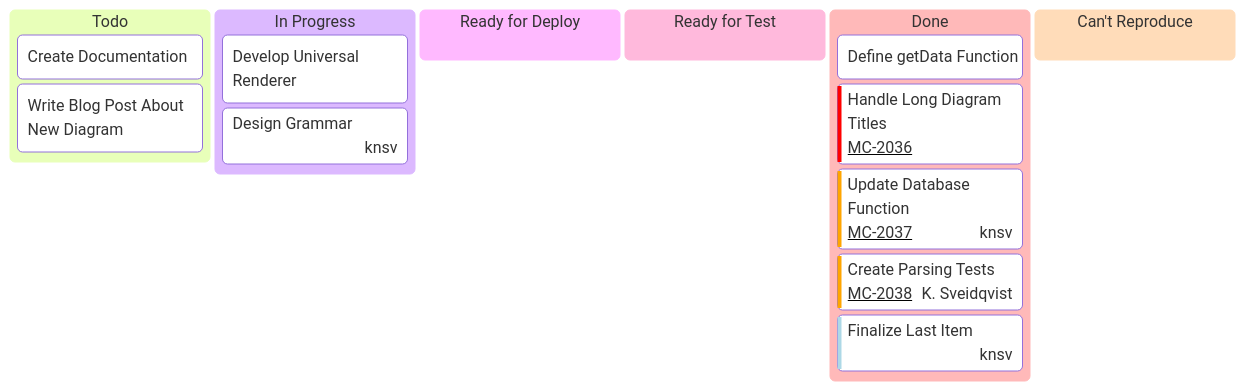
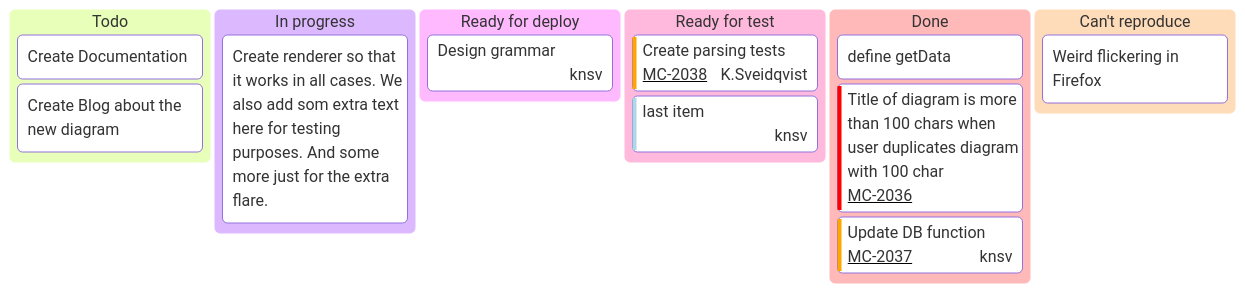
The third of 3 diagrams in docs/syntax/kanban.md (mermaid-js/mermaid), drawn with Mermaid before and after one commit. The commit also changed other lines of this file and 3 other files, not shown here.

````diff
--- a/docs/syntax/kanban.md
+++ b/docs/syntax/kanban.md
@@ -129,23 +131,25 @@
 ```mermaid
 ---
 config:
   kanban:
     ticketBaseUrl: 'https://mermaidchart.atlassian.net/browse/#TICKET#'
 ---
 kanban
-  id1[Todo]
-    docs[Create Documentation]
-    blog[Write Blog Post About New Diagram]
-  id7[In Progress]
-    renderer[Develop Universal Renderer]
-    grammar[Design Grammar]@{ assigned: 'knsv' }
-  id9[Ready for Deploy]
-  id10[Ready for Test]
+  Todo
+    [Create Documentation]
+    docs[Create Blog about the new diagram]
+  [In progress]
+    id6[Create renderer so that it works in all cases. We also add som extra text here for testing purposes. And some more just for the extra flare.]
+  id9[Ready for deploy]
+    id8[Design grammar]@{ assigned: 'knsv' }
+  id10[Ready for test]
+    id4[Create parsing tests]@{ ticket: MC-2038, assigned: 'K.Sveidqvist', priority: 'High' }
+    id66[last item]@{ priority: 'Very Low', assigned: 'knsv' }
   id11[Done]
-    getData[Define getData Function]
-    longTitle[Handle Long Diagram Titles]@{ ticket: MC-2036, priority: 'Very High' }
-    dbUpdate[Update Database Function]@{ ticket: MC-2037, assigned: 'knsv', priority: 'High' }
-    parsingTests[Create Parsing Tests]@{ ticket: MC-2038, assigned: 'K. Sveidqvist', priority: 'High' }
-    lastItem[Finalize Last Item]@{ priority: 'Very Low', assigned: 'knsv' }
-  id12[Can't Reproduce]
+    id5[define getData]
+    id2[Title of diagram is more than 100 chars when user duplicates diagram with 100 char]@{ ticket: MC-2036, priority: 'Very High'}
+    id3[Update DB function]@{ ticket: MC-2037, assigned: knsv, priority: 'High' }
+
+  id12[Can't reproduce]
+    id3[Weird flickering in Firefox]
 ```
````
